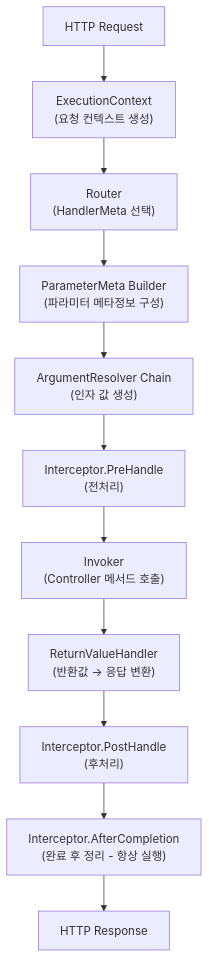
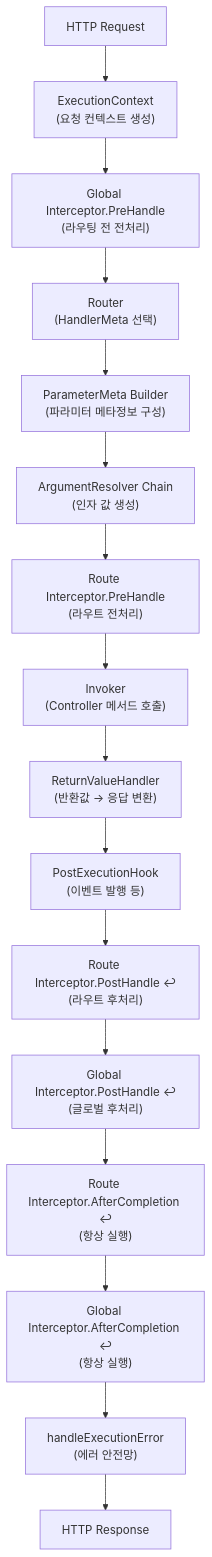
Before and after one commit to NARUBROWN/spine-site: the diagram in docs/ko/learn/core-concepts/pipeline.md, drawn with Mermaid. The commit also changed other lines of this file and 22 other files, not shown here.

Commit message:
docs: Document WebSocket support, `WebSocketContext`, and `ControllerContext`, and update `ExecutionContext` methods and protocol differences.

````diff
--- a/docs/ko/learn/core-concepts/pipeline.md
+++ b/docs/ko/learn/core-concepts/pipeline.md
@@ -12,26 +12,36 @@
 ```mermaid
 graph TD
     Request["HTTP Request"]
     
     ExecutionContext["ExecutionContext<br>(요청 컨텍스트 생성)"]
+    GlobalPre["Global Interceptor.PreHandle<br>(라우팅 전 전처리)"]
     Router["Router<br>(HandlerMeta 선택)"]
     ParamMeta["ParameterMeta Builder<br>(파라미터 메타정보 구성)"]
     ArgResolver["ArgumentResolver Chain<br>(인자 값 생성)"]
-    InterPre["Interceptor.PreHandle<br>(전처리)"]
+    RoutePre["Route Interceptor.PreHandle<br>(라우트 전처리)"]
     Invoker["Invoker<br>(Controller 메서드 호출)"]
     ReturnHandler["ReturnValueHandler<br>(반환값 → 응답 변환)"]
-    InterPost["Interceptor.PostHandle<br>(후처리)"]
-    InterAfter["Interceptor.AfterCompletion<br>(완료 후 정리 - 항상 실행)"]
+    PostHook["PostExecutionHook<br>(이벤트 발행 등)"]
+    RoutePost["Route Interceptor.PostHandle ↩<br>(라우트 후처리)"]
+    GlobalPost["Global Interceptor.PostHandle ↩<br>(글로벌 후처리)"]
+    RouteAfter["Route Interceptor.AfterCompletion ↩<br>(항상 실행)"]
+    GlobalAfter["Global Interceptor.AfterCompletion ↩<br>(항상 실행)"]
+    ErrorHandler["handleExecutionError<br>(에러 안전망)"]
     Response["HTTP Response"]
 
     Request --> ExecutionContext
-    ExecutionContext --> Router
+    ExecutionContext --> GlobalPre
+    GlobalPre --> Router
     Router --> ParamMeta
     ParamMeta --> ArgResolver
-    ArgResolver --> InterPre
-    InterPre --> Invoker
+    ArgResolver --> RoutePre
+    RoutePre --> Invoker
     Invoker --> ReturnHandler
-    ReturnHandler --> InterPost
-    InterPost --> InterAfter
-    InterAfter --> Response
+    ReturnHandler --> PostHook
+    PostHook --> RoutePost
+    RoutePost --> GlobalPost
+    GlobalPost --> RouteAfter
+    RouteAfter --> GlobalAfter
+    GlobalAfter --> ErrorHandler
+    ErrorHandler --> Response
 ```
````
